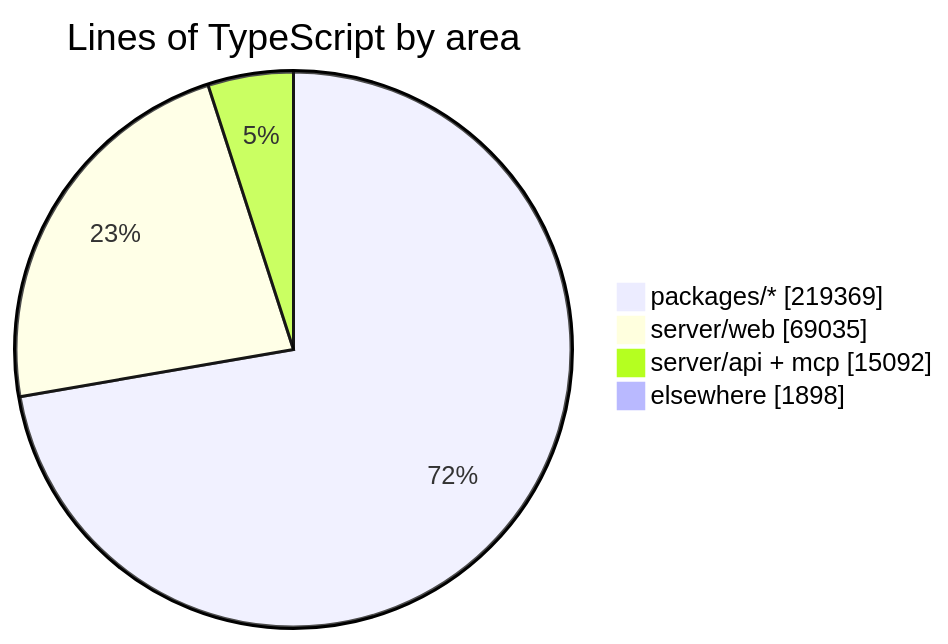
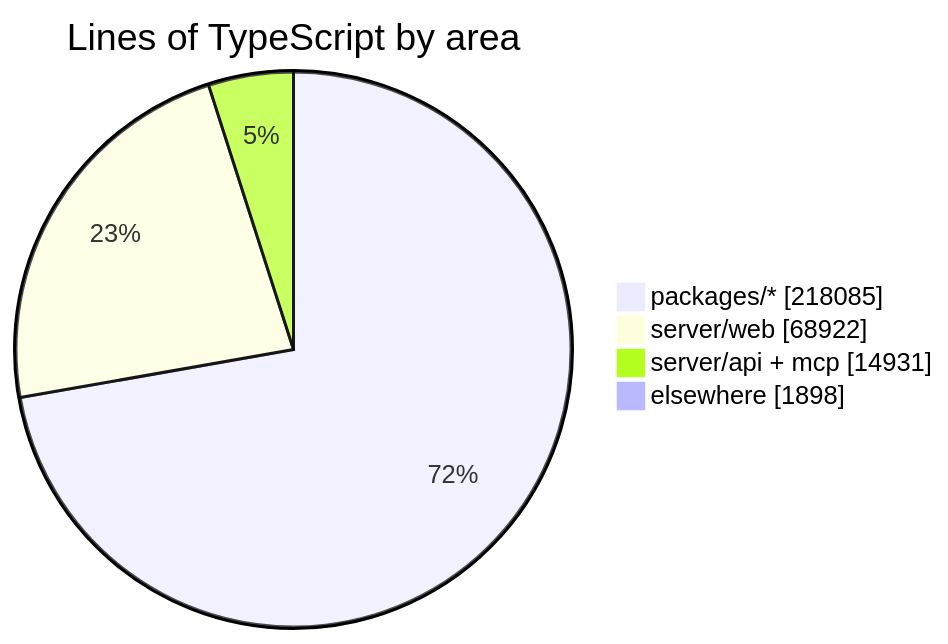
The diagram in README.md (crossworks-engineering/mantle), drawn with Mermaid before and after one commit. The commit also changed other lines of this file and 2 other files, not shown here.

````diff
--- a/README.md
+++ b/README.md
@@ -287,7 +287,7 @@
 ```mermaid
 pie showData title Lines of TypeScript by area
-    "packages/*" : 219369
-    "server/web" : 69035
-    "server/api + mcp" : 15092
+    "packages/*" : 218085
+    "server/web" : 68922
+    "server/api + mcp" : 14931
     "elsewhere" : 1898
 ```
````
